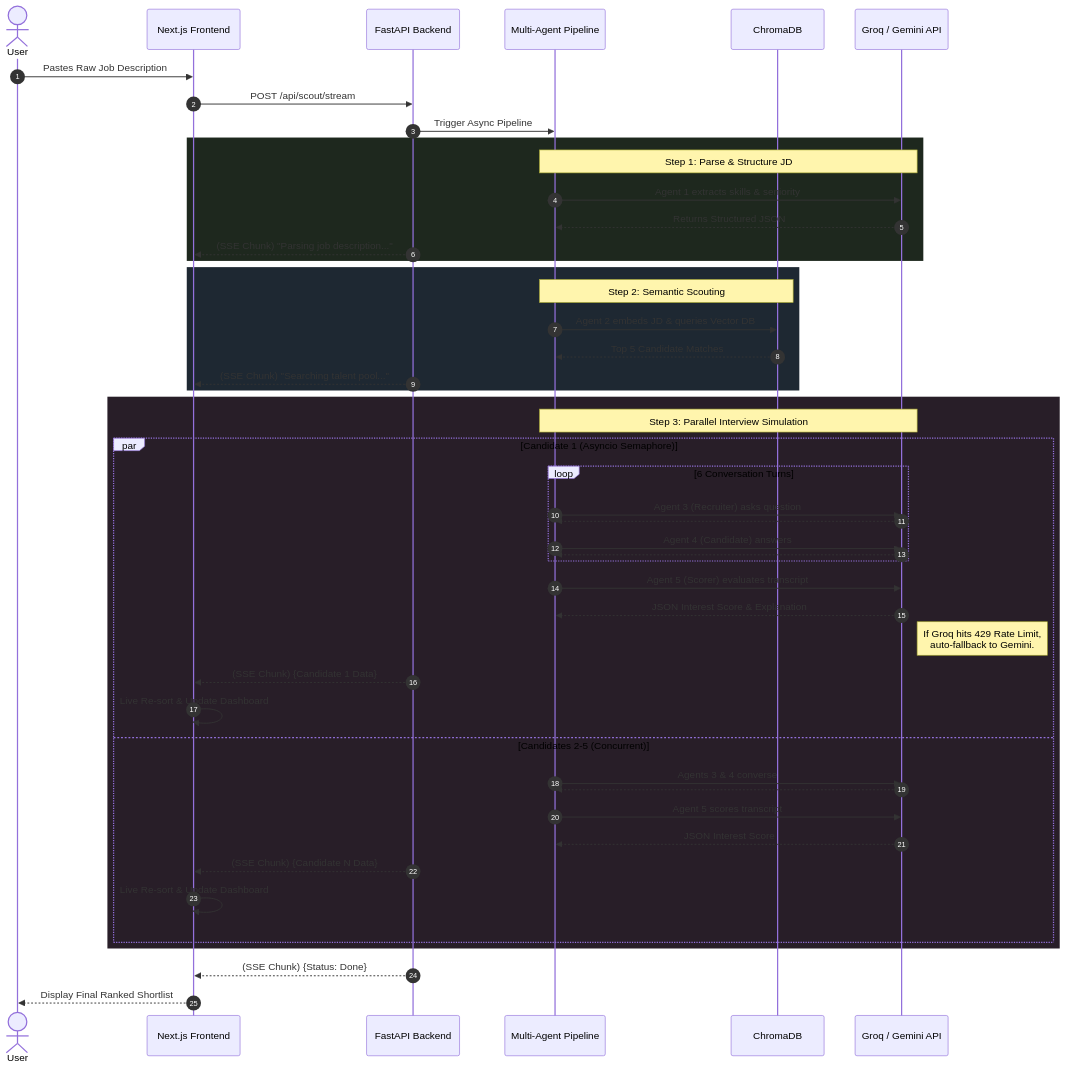
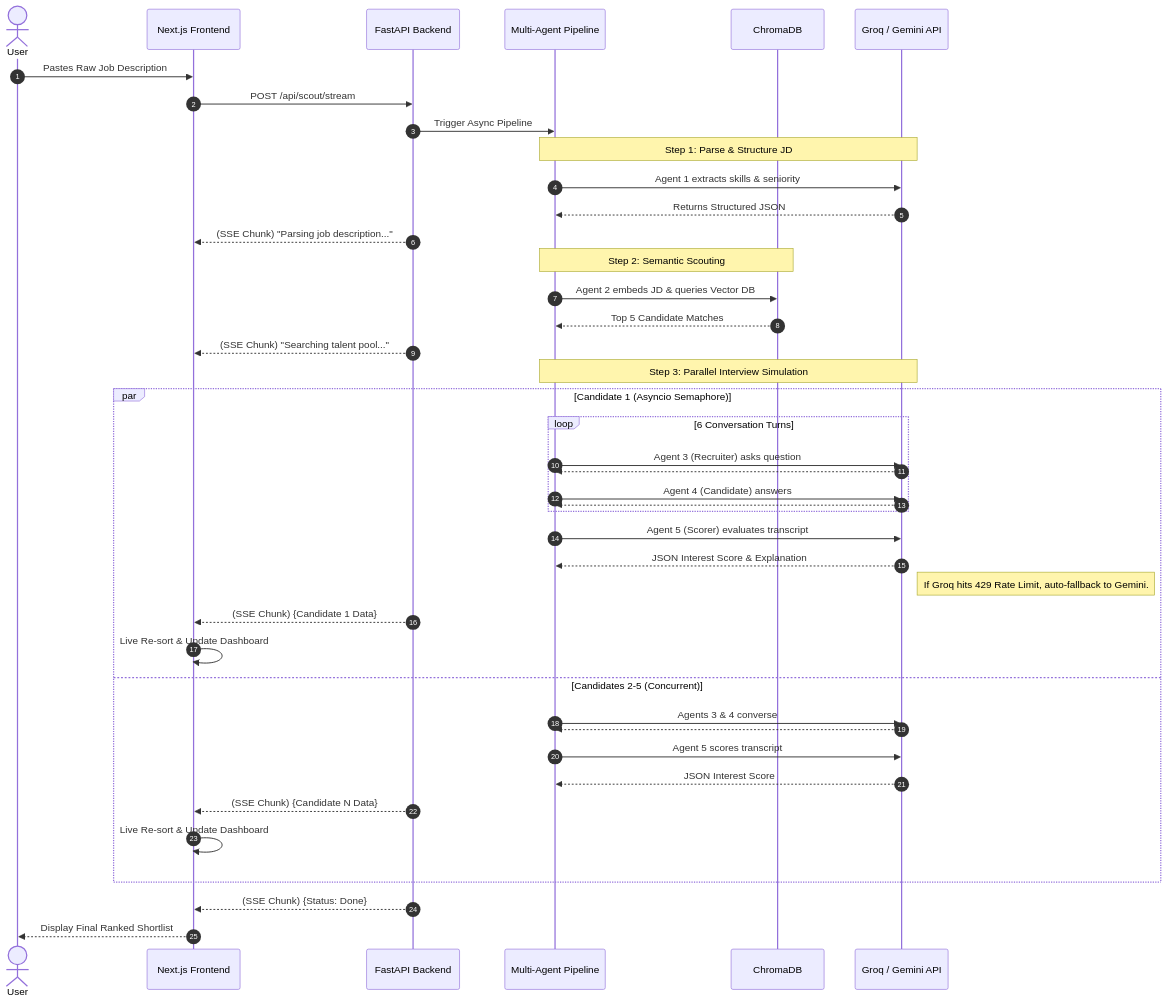
One commit to Tejayadagani/TalentHunt changed the diagram in ARCHITECTURE.md. Above: the diagram before and after it, drawn with Mermaid.

Commit message:
docs: remove unreadable dark rects from sequence diagram

````diff
--- a/ARCHITECTURE.md
+++ b/ARCHITECTURE.md
@@ -7,59 +7,53 @@
 ```mermaid
 sequenceDiagram
     autonumber
     actor User
     participant UI as Next.js Frontend
     participant API as FastAPI Backend
     participant Agents as Multi-Agent Pipeline
     participant DB as ChromaDB
     participant LLM as Groq / Gemini API
 
     User->>UI: Pastes Raw Job Description
     UI->>API: POST /api/scout/stream
     
     API->>Agents: Trigger Async Pipeline
     
     %% Step 1
-    rect rgb(30, 40, 30)
     Note over Agents,LLM: Step 1: Parse & Structure JD
     Agents->>LLM: Agent 1 extracts skills & seniority
     LLM-->>Agents: Returns Structured JSON
     API-->>UI: (SSE Chunk) "Parsing job description..."
-    end
     
     %% Step 2
-    rect rgb(30, 40, 50)
     Note over Agents,DB: Step 2: Semantic Scouting
     Agents->>DB: Agent 2 embeds JD & queries Vector DB
     DB-->>Agents: Top 5 Candidate Matches
     API-->>UI: (SSE Chunk) "Searching talent pool..."
-    end
     
     %% Step 3
-    rect rgb(40, 30, 40)
     Note over Agents,LLM: Step 3: Parallel Interview Simulation
     par Candidate 1 (Asyncio Semaphore)
         loop 6 Conversation Turns
             Agents->>LLM: Agent 3 (Recruiter) asks question
             LLM-->>Agents: 
             Agents->>LLM: Agent 4 (Candidate) answers
             LLM-->>Agents: 
         end
         Agents->>LLM: Agent 5 (Scorer) evaluates transcript
         LLM-->>Agents: JSON Interest Score & Explanation
-        Note right of LLM: If Groq hits 429 Rate Limit,<br/>auto-fallback to Gemini.
+        Note right of LLM: If Groq hits 429 Rate Limit, auto-fallback to Gemini.
         API-->>UI: (SSE Chunk) {Candidate 1 Data}
         UI->>UI: Live Re-sort & Update Dashboard
     and Candidates 2-5 (Concurrent)
         Agents->>LLM: Agents 3 & 4 converse
         LLM-->>Agents: 
         Agents->>LLM: Agent 5 scores transcript
         LLM-->>Agents: JSON Interest Score
         API-->>UI: (SSE Chunk) {Candidate N Data}
         UI->>UI: Live Re-sort & Update Dashboard
     end
-    end
 
     API-->>UI: (SSE Chunk) {Status: Done}
     UI-->>User: Display Final Ranked Shortlist
 ```
````
